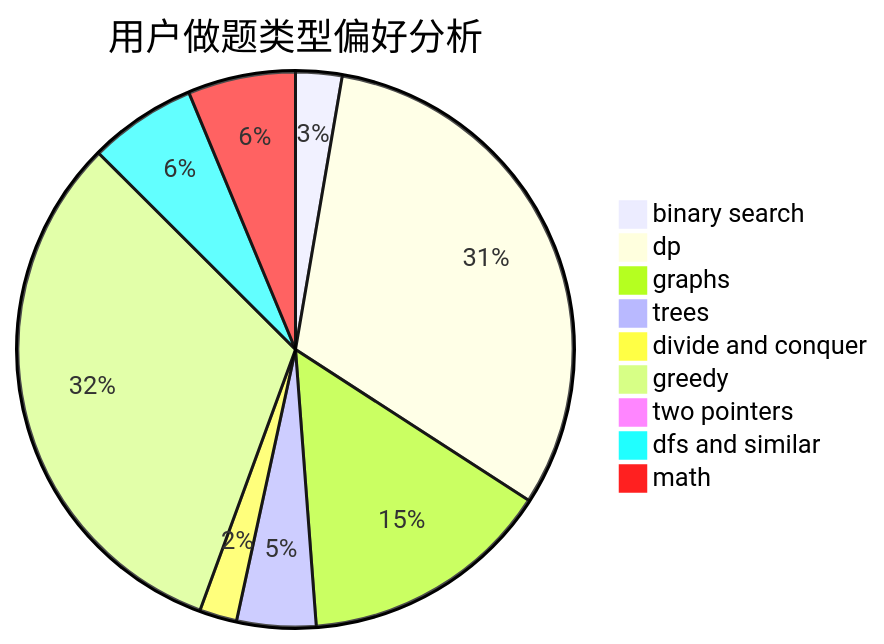
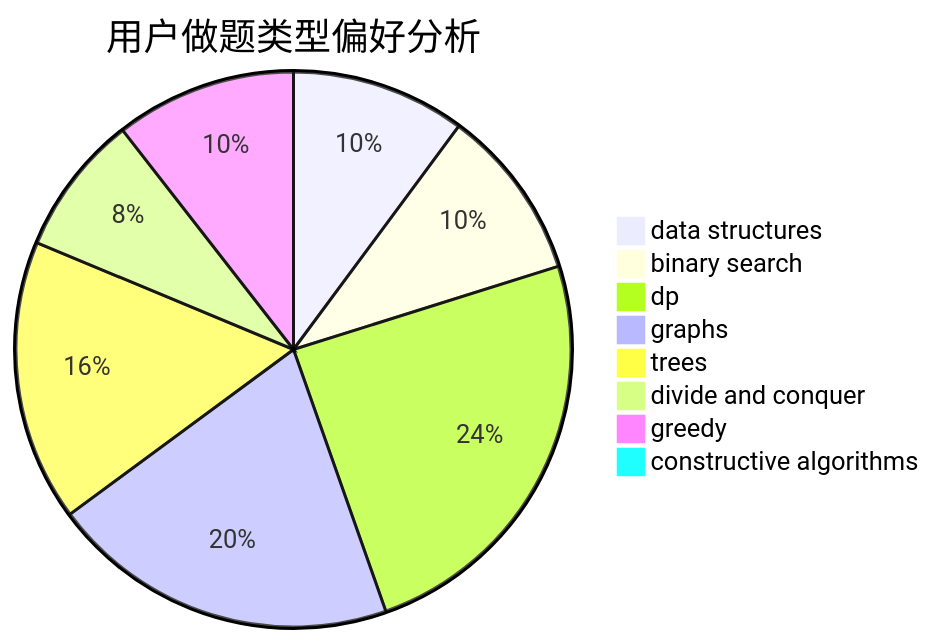
One commit to sherpahu/cfrs.github.io changed the second of 3 diagrams in docs/user/u109.md. Above: the diagram before and after it, drawn with Mermaid. The commit also changed other lines of this file and 2775 other files, not shown here.

````diff
--- a/docs/user/u109.md
+++ b/docs/user/u109.md
@@ -23,12 +23,11 @@
 ```mermaid
 pie title 用户做题类型偏好分析
-    "binary search" :  78
-    "dp" :  909
-    "graphs" :  424
-    "trees" :  133
+    "data structures" :  78
+    "binary search" :  77
+    "dp" :  188
+    "graphs" :  156
+    "trees" :  126
     "divide and conquer" :  63
-    "greedy" :  922
-    "two pointers" :  14
-    "dfs and similar" :  181
-    "math" :  181
+    "greedy" :  81
+    "constructive algorithms" :  6
 ```
````
